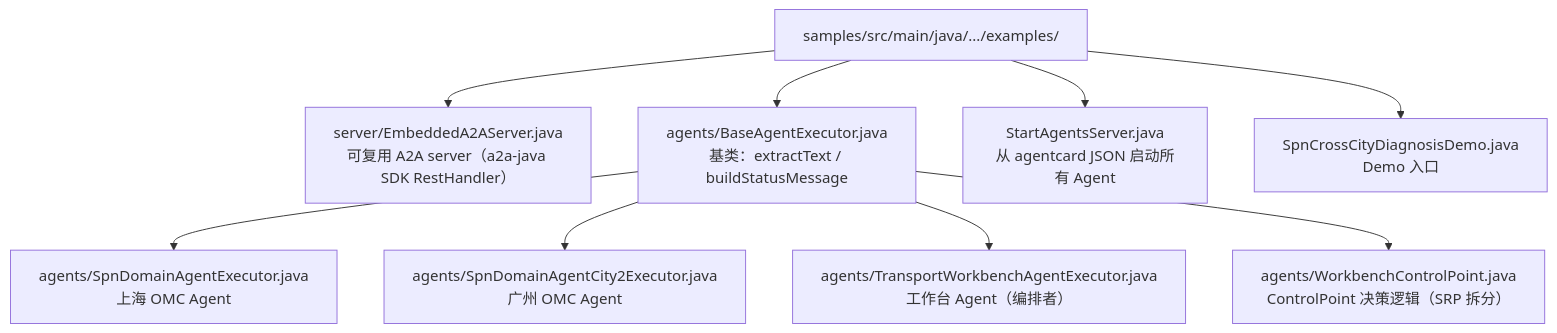
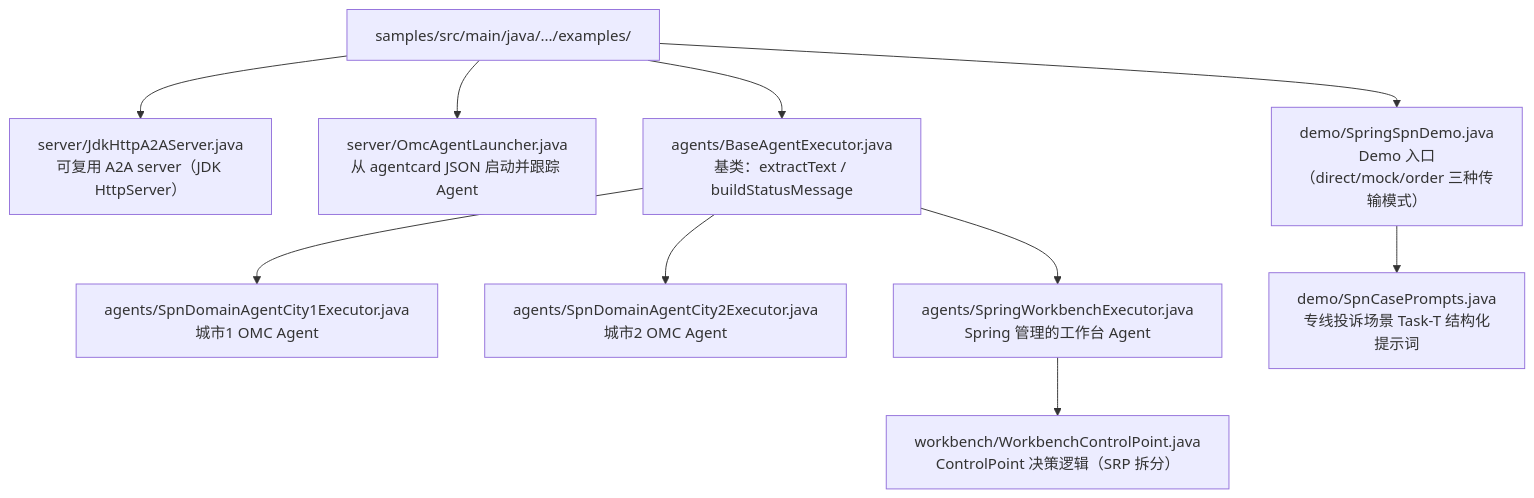
One commit to Zhoujie628/workflow-engine-sdk-java changed the diagram in samples/DESIGN-NOTES.md. Above: the diagram before and after it, drawn with Mermaid. The commit also changed other lines of this file and 10 other files, not shown here.

````diff
--- a/samples/DESIGN-NOTES.md
+++ b/samples/DESIGN-NOTES.md
@@ -18,15 +18,18 @@
 ```mermaid
 graph TD
     root["samples/src/main/java/.../examples/"]
-    srv["server/EmbeddedA2AServer.java<br/>可复用 A2A server（a2a-java SDK RestHandler）"]
+    srv["server/JdkHttpA2AServer.java<br/>可复用 A2A server（JDK HttpServer）"]
+    launch["server/OmcAgentLauncher.java<br/>从 agentcard JSON 启动并跟踪 Agent"]
     base["agents/BaseAgentExecutor.java<br/>基类：extractText / buildStatusMessage"]
-    spn1["agents/SpnDomainAgentExecutor.java<br/>上海 OMC Agent"]
-    spn2["agents/SpnDomainAgentCity2Executor.java<br/>广州 OMC Agent"]
-    wb["agents/TransportWorkbenchAgentExecutor.java<br/>工作台 Agent（编排者）"]
-    cp["agents/WorkbenchControlPoint.java<br/>ControlPoint 决策逻辑（SRP 拆分）"]
-    start["StartAgentsServer.java<br/>从 agentcard JSON 启动所有 Agent"]
-    demo["SpnCrossCityDiagnosisDemo.java<br/>Demo 入口"]
+    spn1["agents/SpnDomainAgentCity1Executor.java<br/>城市1 OMC Agent"]
+    spn2["agents/SpnDomainAgentCity2Executor.java<br/>城市2 OMC Agent"]
+    wb["agents/SpringWorkbenchExecutor.java<br/>Spring 管理的工作台 Agent"]
+    cp["workbench/WorkbenchControlPoint.java<br/>ControlPoint 决策逻辑（SRP 拆分）"]
+    prompts["demo/SpnCasePrompts.java<br/>专线投诉场景 Task-T 结构化提示词"]
+    demo["demo/SpringSpnDemo.java<br/>Demo 入口（direct/mock/order 三种传输模式）"]
 
-    root --> srv & base & start & demo
-    base --> spn1 & spn2 & wb & cp
+    root --> srv & launch & base & demo
+    base --> spn1 & spn2 & wb
+    demo --> prompts
+    wb --> cp
 ```
````
